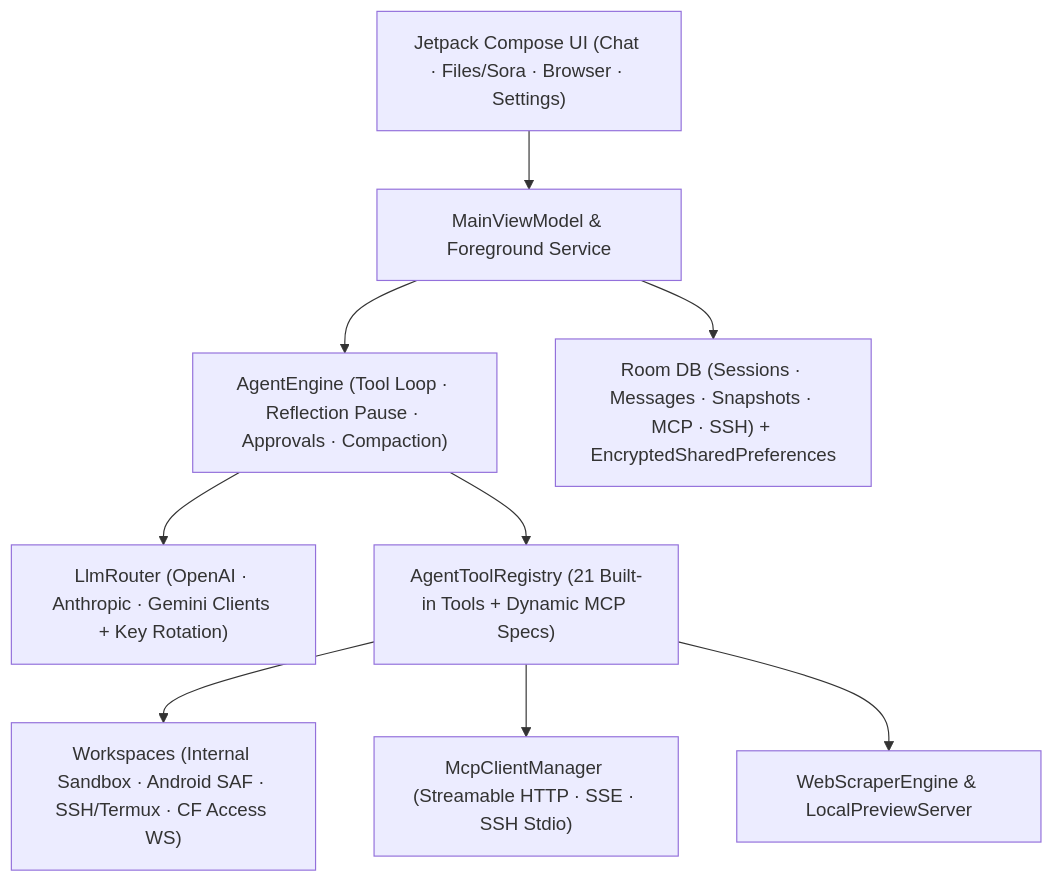
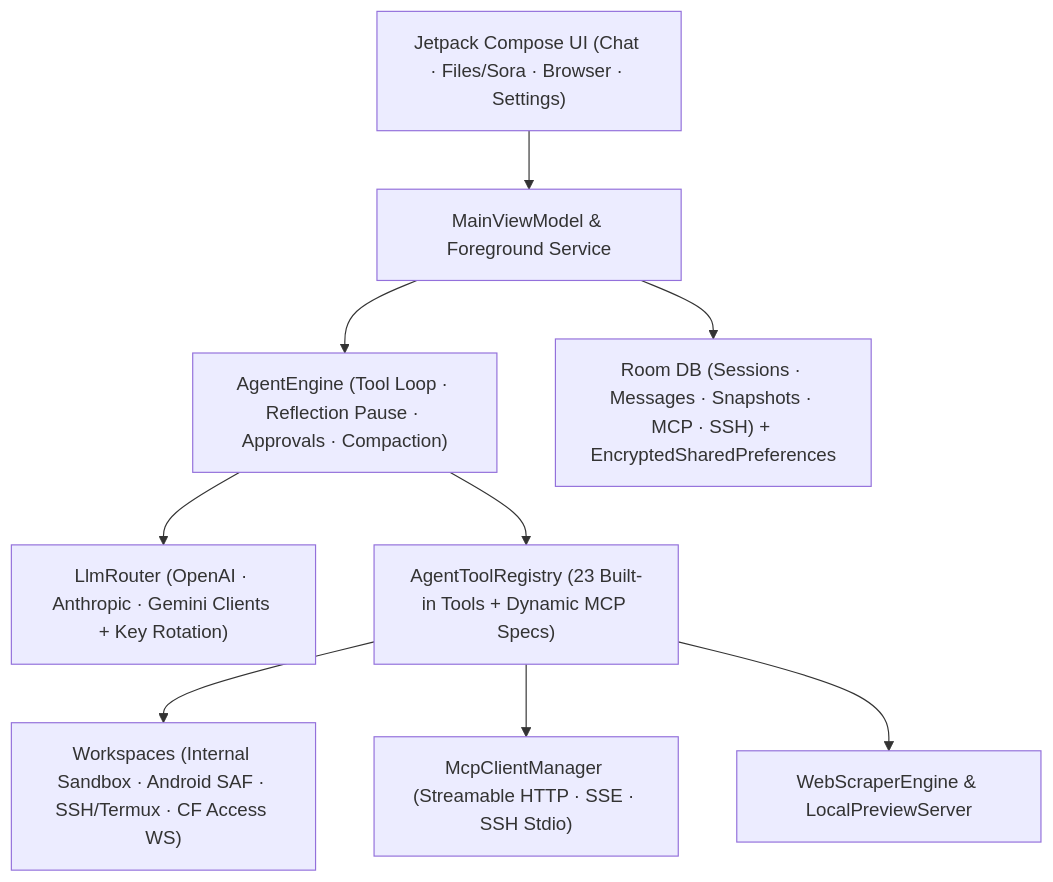
The diagram in README.md (DIIIUA/ForgeMind), drawn with Mermaid before and after one commit. The commit also changed other lines of this file and 11 other files, not shown here.

````diff
--- a/README.md
+++ b/README.md
@@ -105,11 +105,11 @@
 ```mermaid
 flowchart TB
     UI["Jetpack Compose UI (Chat · Files/Sora · Browser · Settings)"] --> VM["MainViewModel & Foreground Service"]
     VM --> AE["AgentEngine (Tool Loop · Reflection Pause · Approvals · Compaction)"]
     AE --> LLM["LlmRouter (OpenAI · Anthropic · Gemini Clients + Key Rotation)"]
-    AE --> TOOLS["AgentToolRegistry (21 Built-in Tools + Dynamic MCP Specs)"]
+    AE --> TOOLS["AgentToolRegistry (23 Built-in Tools + Dynamic MCP Specs)"]
     TOOLS --> ENV["Workspaces (Internal Sandbox · Android SAF · SSH/Termux · CF Access WS)"]
     TOOLS --> MCP["McpClientManager (Streamable HTTP · SSE · SSH Stdio)"]
     TOOLS --> WEB["WebScraperEngine & LocalPreviewServer"]
     VM --> DB["Room DB (Sessions · Messages · Snapshots · MCP · SSH) + EncryptedSharedPreferences"]
 ```
````
